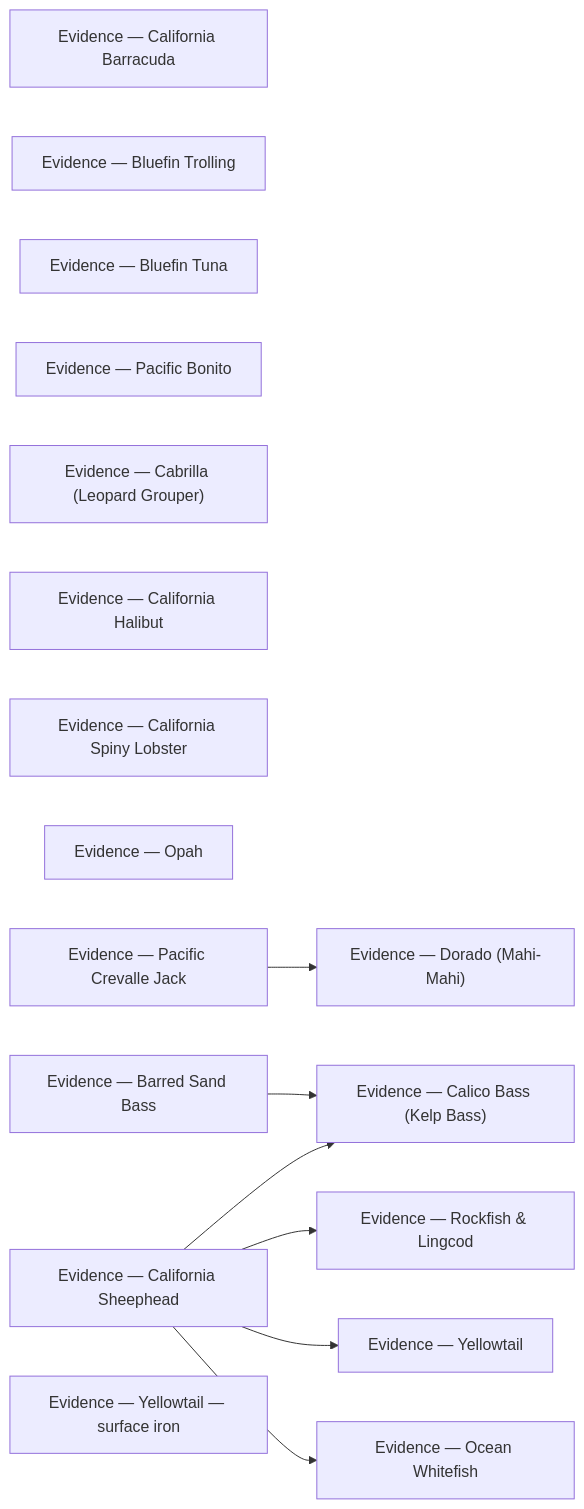
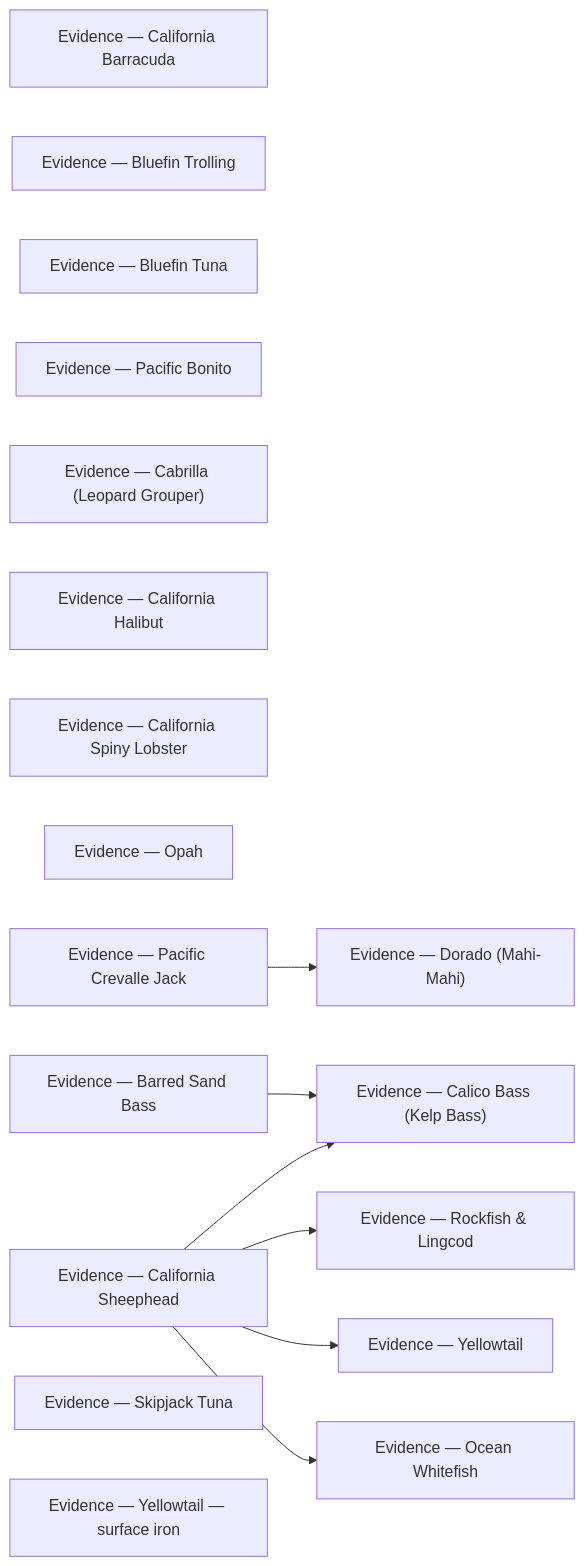
Before and after one commit to camchuckpete-max/Socal-Fishing-Knowledge: the diagram in species/evidence/README.md, drawn with Mermaid. The commit also changed other lines of this file and 27 other files, not shown here.

Commit message:
review: species/skipjack-tuna.md — transform

````diff
--- a/species/evidence/README.md
+++ b/species/evidence/README.md
@@ -30,26 +31,27 @@
 ```mermaid
 graph LR
   n0["Evidence — California Barracuda"]
   n1["Evidence — Bluefin Trolling"]
   n2["Evidence — Bluefin Tuna"]
   n3["Evidence — Pacific Bonito"]
   n4["Evidence — Cabrilla (Leopard Grouper)"]
   n5["Evidence — Calico Bass (Kelp Bass)"]
   n6["Evidence — California Halibut"]
   n7["Evidence — California Spiny Lobster"]
   n8["Evidence — Dorado (Mahi-Mahi)"]
   n9["Evidence — Ocean Whitefish"]
   n10["Evidence — Opah"]
   n11["Evidence — Pacific Crevalle Jack"]
   n12["Evidence — Rockfish & Lingcod"]
   n13["Evidence — Barred Sand Bass"]
   n14["Evidence — California Sheephead"]
-  n15["Evidence — Yellowtail — surface iron"]
-  n16["Evidence — Yellowtail"]
+  n15["Evidence — Skipjack Tuna"]
+  n16["Evidence — Yellowtail — surface iron"]
+  n17["Evidence — Yellowtail"]
   n11 --> n8
   n13 --> n5
   n14 --> n12
-  n14 --> n16
+  n14 --> n17
   n14 --> n5
   n14 --> n9
 ```
````
